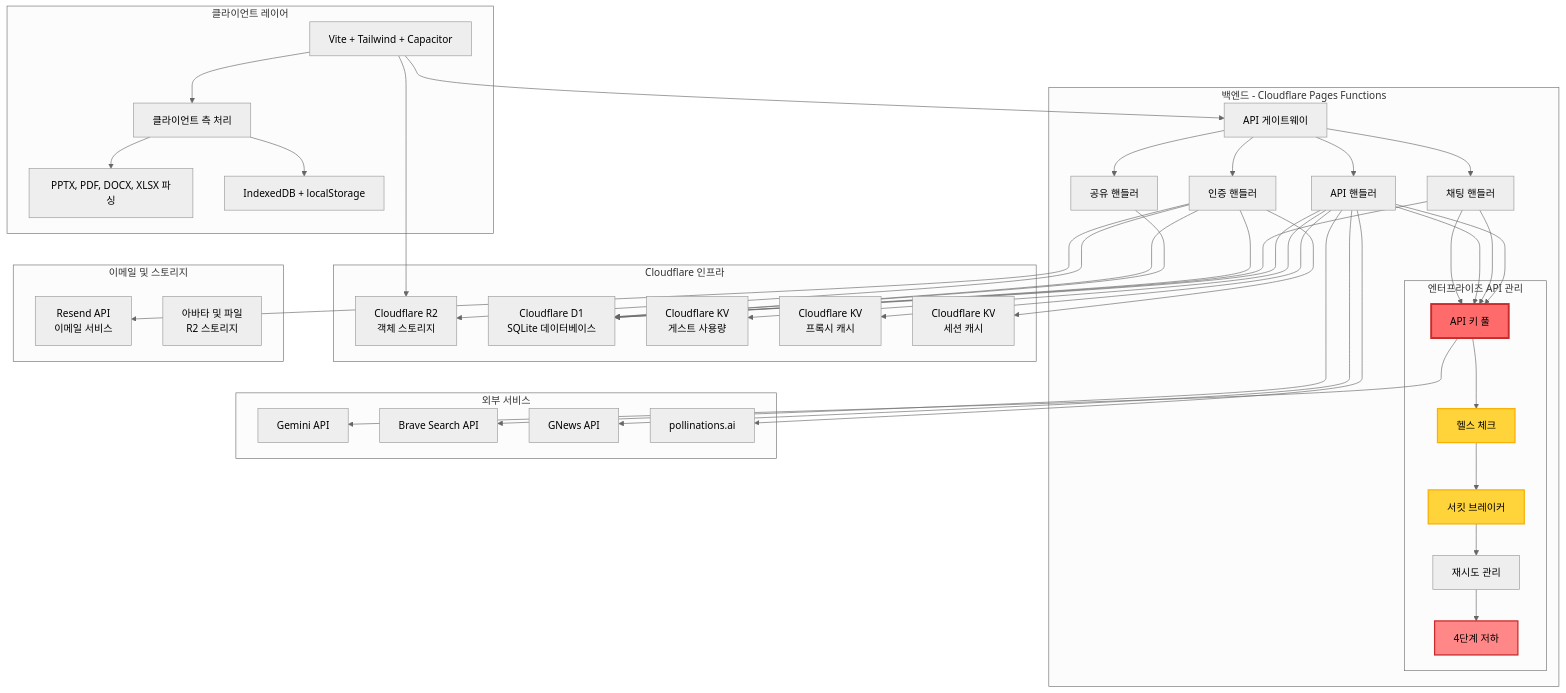
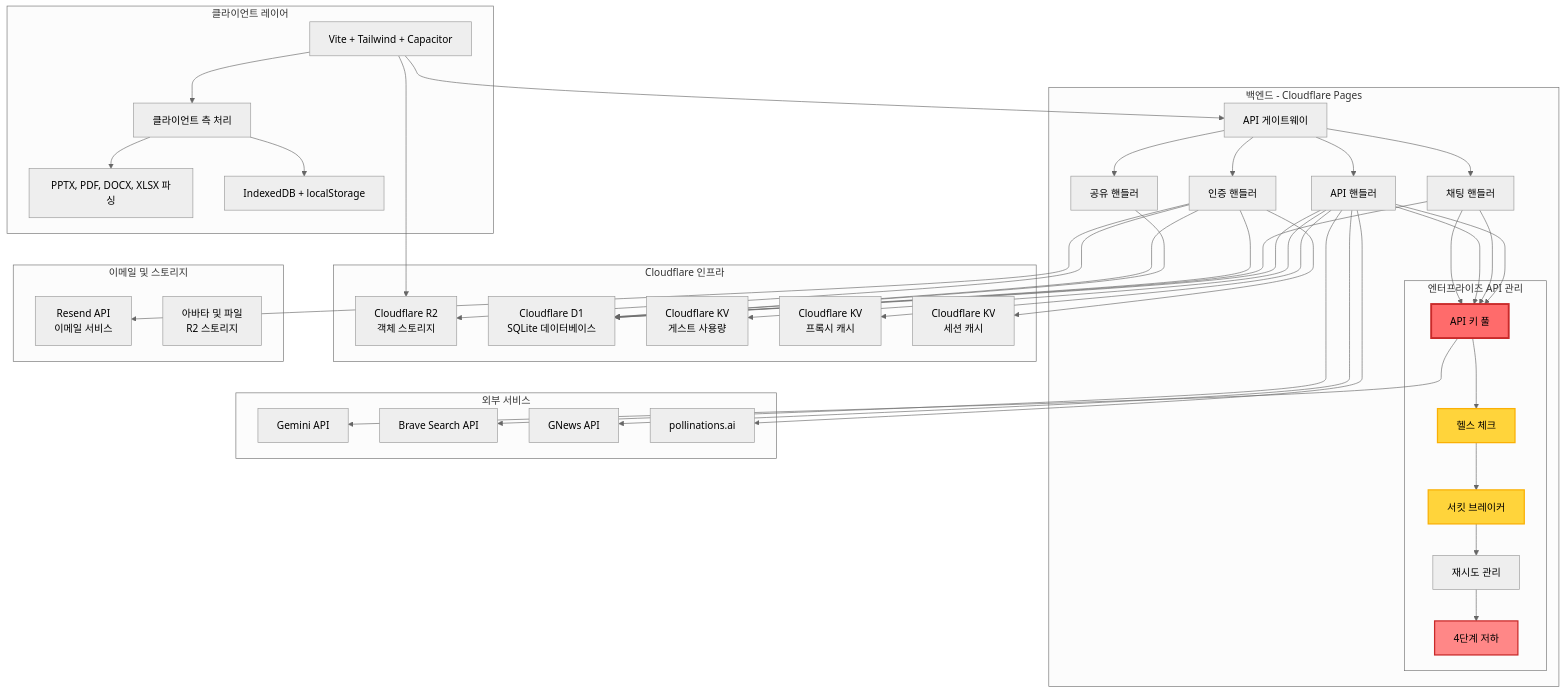
The diagram in docs/README.ko.md (PandaSI-Labs/littleaibox), drawn with Mermaid (neutral theme) before and after one commit. The commit also changed other lines of this file and 3 other files, not shown here.

```diff
--- a/docs/README.ko.md
+++ b/docs/README.ko.md
@@ -138,7 +138,7 @@
         H --> J
     end
     
-    subgraph "백엔드 - Cloudflare Pages Functions"
+    subgraph "백엔드 - Cloudflare Pages"
         B[API 게이트웨이]
         B1[인증 핸들러]
         B2[채팅 핸들러]
```
